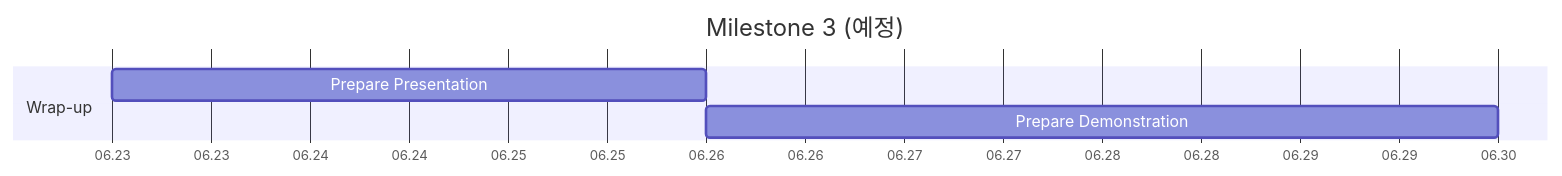
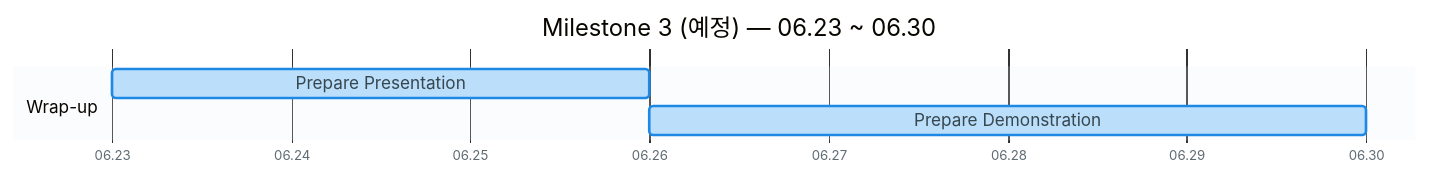
One commit to lgcmu2026-team5/TimeGrapher-Docs changed the third of 3 diagrams in Milestone1/Presentation/ko/Milestone1_1-Project-Plan.md. Above: the diagram before and after it, drawn with Mermaid. The commit also changed other lines of this file and 1 other file, not shown here.

First line of the commit message:
Restyle Project Plan Gantt charts and unify status markers

````diff
--- a/Milestone1/Presentation/ko/Milestone1_1-Project-Plan.md
+++ b/Milestone1/Presentation/ko/Milestone1_1-Project-Plan.md
@@ -80,11 +83,13 @@
 ```mermaid
-%%{init: {"gantt": {"useWidth": 1200, "barHeight": 24, "fontSize": 12, "sectionFontSize": 12}}}%%
+%%{init: {"theme":"base","themeVariables":{"fontSize":"14px","taskBkgColor":"#BBDEFB","taskBorderColor":"#1E88E5","taskTextDarkColor":"#1A2733","taskTextOutsideColor":"#37474F","activeTaskBkgColor":"#FFE082","activeTaskBorderColor":"#F9A825","doneTaskBkgColor":"#A5D6A7","doneTaskBorderColor":"#388E3C","sectionBkgColor":"#E8EEF7","altSectionBkgColor":"#FFFFFF","sectionBkgColor2":"#E8EEF7","todayLineColor":"#E53935","gridColor":"#CFD8DC","textColor":"#37474F"},"gantt":{"useWidth":1100,"barHeight":22,"barGap":6,"topPadding":50,"fontSize":13,"sectionFontSize":13,"numberSectionStyles":2}}}%%
 gantt
-    title Milestone 3 (예정)
+    title Milestone 3 (예정) — 06.23 ~ 06.30
     dateFormat YYYY-MM-DD
     axisFormat %m.%d
+    tickInterval 1day
+    todayMarker off
 
     section Wrap-up
     Prepare Presentation          :2026-06-23, 2026-06-26
     Prepare Demonstration         :2026-06-26, 2026-06-30
 ```
````
